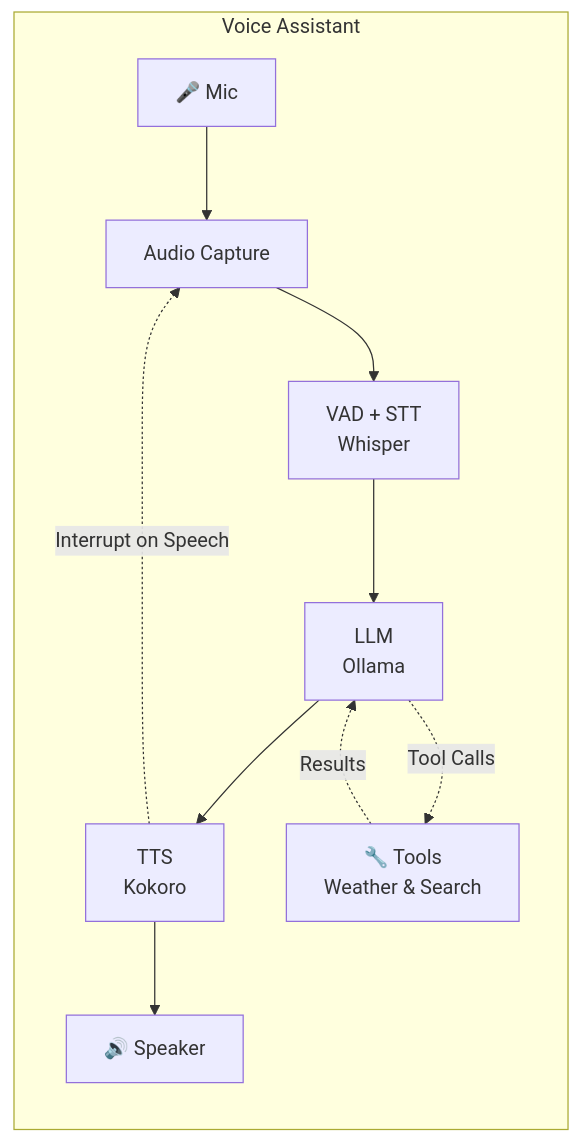
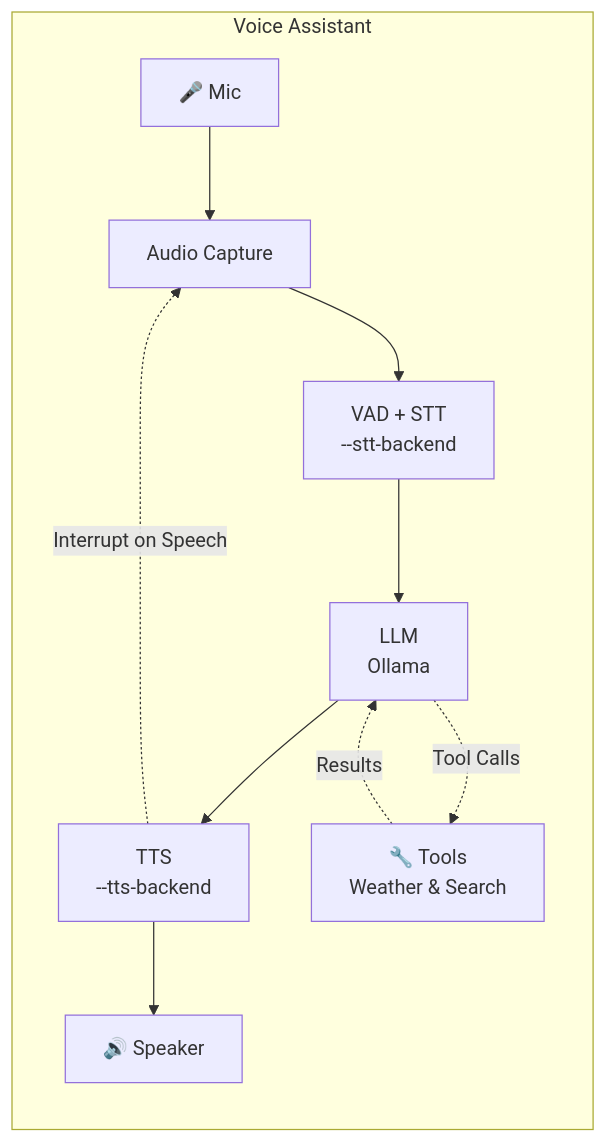
Before and after one commit to agalue/sherpa-voice-assistant: the diagram in rust-impl/README.md, drawn with Mermaid. The commit also changed other lines of this file and 41 other files, not shown here.

First line of the commit message:
refactor: decouple STT/TTS behind interfaces for model-independent backends (#15)

````diff
--- a/rust-impl/README.md
+++ b/rust-impl/README.md
@@ -21,13 +21,13 @@
 ```mermaid
 flowchart LR
    subgraph Voice Assistant
       Mic[🎤 Mic] --> Capture[Audio Capture]
-      Capture --> VAD[VAD + STT<br/>Whisper]
+      Capture --> VAD[VAD + STT<br/>--stt-backend]
       VAD --> LLM[LLM<br/>Ollama]
-      LLM --> TTS[TTS<br/>Kokoro]
+      LLM --> TTS[TTS<br/>--tts-backend]
       TTS --> Speaker[🔊 Speaker]
       LLM -.->|Tool Calls| Tools[🔧 Tools<br/>Weather & Search]
       Tools -.->|Results| LLM
       TTS -.->|Interrupt on Speech| Capture
    end
 ```
````
